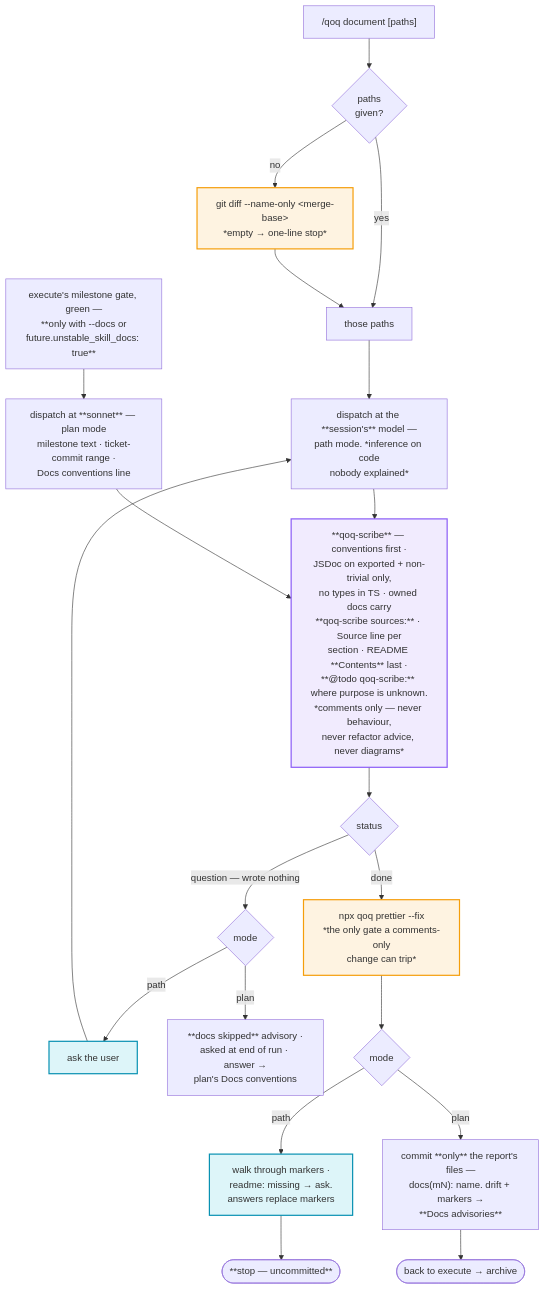
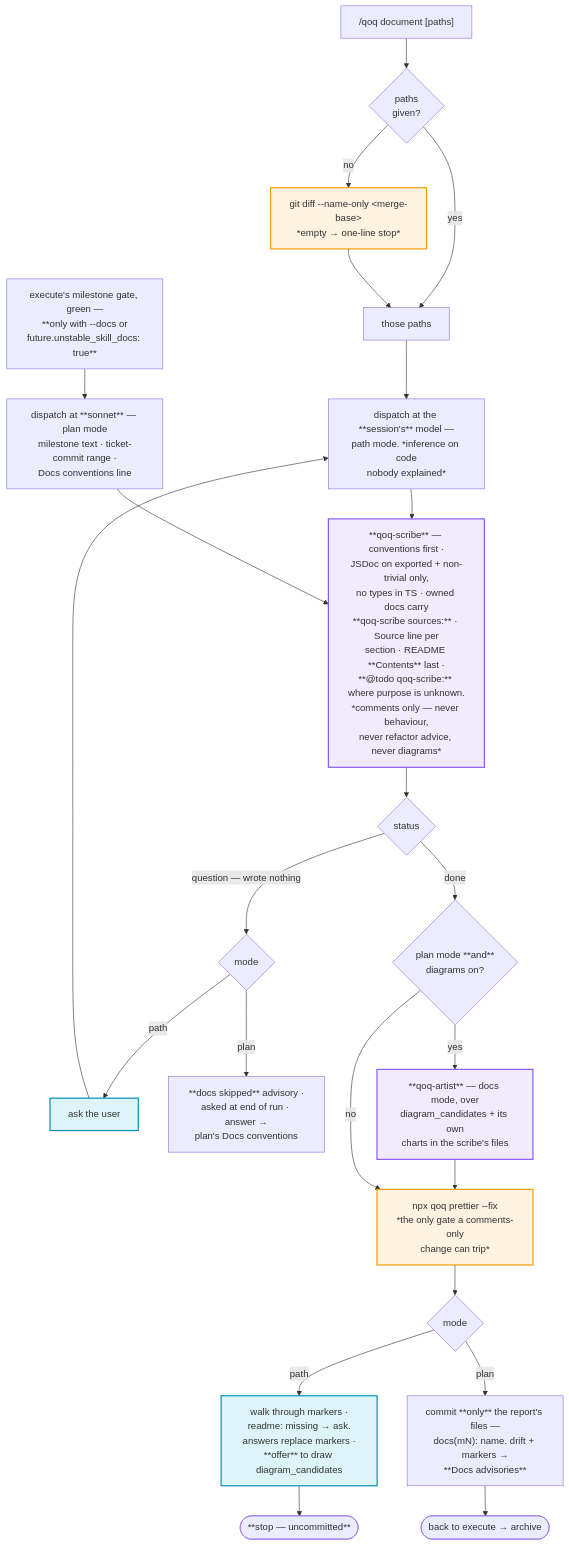
One commit to ladamczyk-it/qoq changed diagram 11 of 12 in docs/qoq-workflows.md. Above: the diagram before and after it, drawn with Mermaid. The commit also changed other lines of this file and 18 other files, not shown here.

````diff
--- a/docs/qoq-workflows.md
+++ b/docs/qoq-workflows.md
@@ -672,33 +677,35 @@
 ```mermaid
 flowchart TD
     DQ["/qoq document [paths]"] --> DSCOPE{"paths<br/>given?"}
     DSCOPE -->|yes| DLIST["those paths"]
     DSCOPE -->|no| DDEF["git diff --name-only &lt;merge-base&gt;<br/>*empty → one-line stop*"]
     DDEF --> DLIST
     DLIST --> DDISP
 
     DEXEC["execute's milestone gate, green —<br/>**only with --docs or<br/>future.unstable_skill_docs: true**"] --> DDISPP["dispatch at **sonnet** — plan mode<br/>milestone text · ticket-commit range ·<br/>Docs conventions line"]
 
     DDISP["dispatch at the **session's** model —<br/>path mode. *inference on code<br/>nobody explained*"] --> DSCRIBE
     DDISPP --> DSCRIBE
 
     DSCRIBE["**qoq-scribe** — conventions first ·<br/>JSDoc on exported + non-trivial only,<br/>no types in TS · owned docs carry<br/>**qoq-scribe sources:** · Source line per<br/>section · README **Contents** last ·<br/>**@todo qoq-scribe:** where purpose is unknown.<br/>*comments only — never behaviour,<br/>never refactor advice, never diagrams*"]
     DSCRIBE --> DQS{"status"}
 
     DQS -->|"question — wrote nothing"| DMODE{"mode"}
     DMODE -->|path| DASK["ask the user"] --> DDISP
     DMODE -->|plan| DSKIP["**docs skipped** advisory ·<br/>asked at end of run · answer →<br/>plan's Docs conventions"]
 
-    DQS -->|done| DFMT["npx qoq prettier --fix<br/>*the only gate a comments-only<br/>change can trip*"]
+    DQS -->|done| DARTQ{"plan mode **and**<br/>diagrams on?"}
+    DARTQ -->|yes| DART["**qoq-artist** — docs mode, over<br/>diagram_candidates + its own<br/>charts in the scribe's files"] --> DFMT
+    DARTQ -->|no| DFMT["npx qoq prettier --fix<br/>*the only gate a comments-only<br/>change can trip*"]
     DFMT --> DMODE2{"mode"}
-    DMODE2 -->|path| DWALK["walk through markers ·<br/>readme: missing → ask.<br/>answers replace markers"] --> DSTOP(["**stop — uncommitted**"])
+    DMODE2 -->|path| DWALK["walk through markers ·<br/>readme: missing → ask.<br/>answers replace markers ·<br/>**offer** to draw diagram_candidates"] --> DSTOP(["**stop — uncommitted**"])
     DMODE2 -->|plan| DCOMMIT["commit **only** the report's files —<br/>docs(mN): name. drift + markers →<br/>**Docs advisories**"] --> DARCH(["back to execute → archive"])
 
     classDef agent fill:#8b5cf61f,stroke:#8b5cf6,stroke-width:2px
     classDef user fill:#06b6d422,stroke:#0891b2,stroke-width:2px
     classDef note fill:#f59e0b1f,stroke:#f59e0b,stroke-width:2px
 
-    class DSCRIBE agent
+    class DSCRIBE,DART agent
     class DASK,DWALK user
     class DFMT,DDEF note
 ```
````
